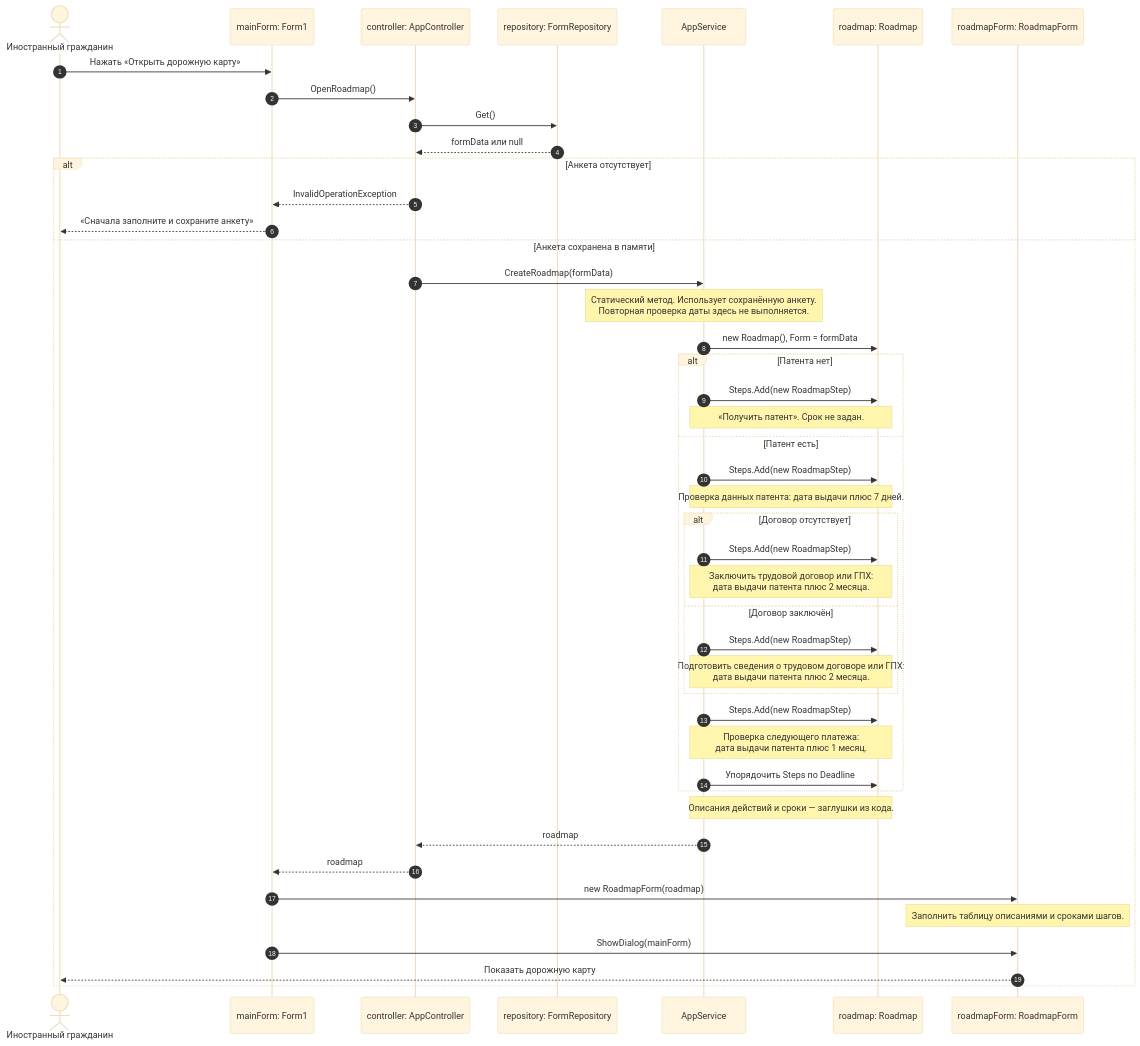
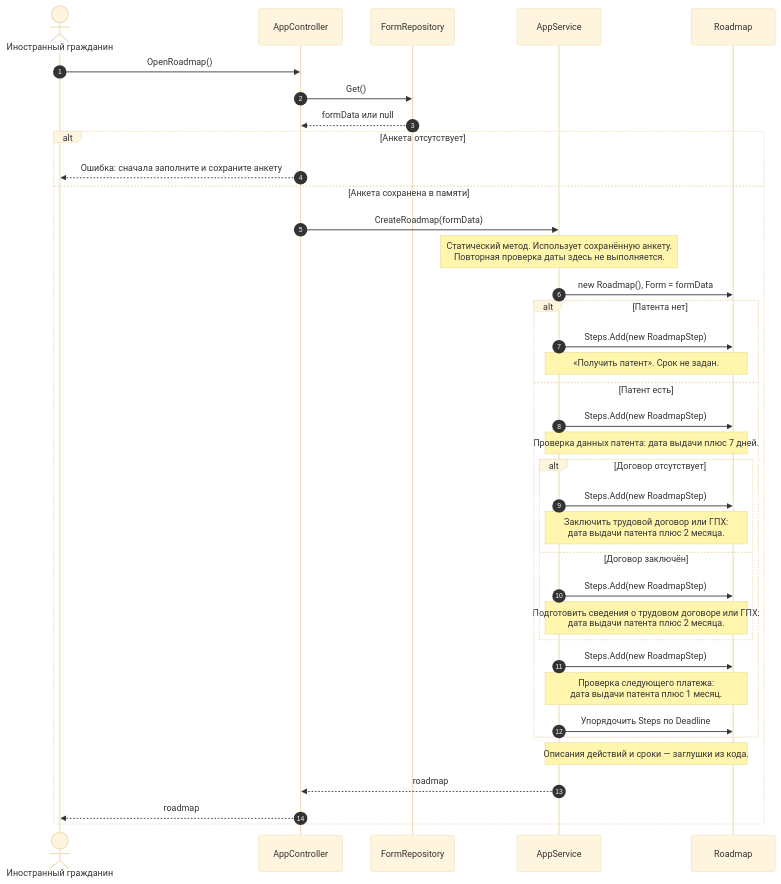
Before and after one commit to Edmorton1/peace: the second of 2 diagrams in _docs/lab4.md, drawn with Mermaid (base theme). The commit also changed other lines of this file and 1 other file, not shown here.

Commit message:
диаграммы улучшения

````diff
--- a/_docs/lab4.md
+++ b/_docs/lab4.md
@@ -58,51 +47,42 @@
 ```mermaid
 sequenceDiagram
     autonumber
     actor User as Иностранный гражданин
-    participant Main as mainForm: Form1
-    participant Controller as controller: AppController
-    participant Repository as repository: FormRepository
+    participant Controller as AppController
+    participant Repository as FormRepository
     participant Service as AppService
-    participant Map as roadmap: Roadmap
-    participant View as roadmapForm: RoadmapForm
-
-    User->>Main: Нажать «Открыть дорожную карту»
-    Main->>Controller: OpenRoadmap()
+    participant Map as Roadmap
+    User->>Controller: OpenRoadmap()
     Controller->>Repository: Get()
     Repository-->>Controller: formData или null
 
     alt Анкета отсутствует
-        Controller-->>Main: InvalidOperationException
-        Main-->>User: «Сначала заполните и сохраните анкету»
+        Controller-->>User: Ошибка: сначала заполните и сохраните анкету
     else Анкета сохранена в памяти
         Controller->>Service: CreateRoadmap(formData)
         Note over Service: Статический метод. Использует сохранённую анкету.<br/>Повторная проверка даты здесь не выполняется.
         Service->>Map: new Roadmap(), Form = formData
 
         alt Патента нет
             Service->>Map: Steps.Add(new RoadmapStep)
             Note over Service,Map: «Получить патент». Срок не задан.
         else Патент есть
             Service->>Map: Steps.Add(new RoadmapStep)
             Note over Service,Map: Проверка данных патента: дата выдачи плюс 7 дней.
             alt Договор отсутствует
                 Service->>Map: Steps.Add(new RoadmapStep)
                 Note over Service,Map: Заключить трудовой договор или ГПХ:<br/>дата выдачи патента плюс 2 месяца.
             else Договор заключён
                 Service->>Map: Steps.Add(new RoadmapStep)
                 Note over Service,Map: Подготовить сведения о трудовом договоре или ГПХ:<br/>дата выдачи патента плюс 2 месяца.
             end
             Service->>Map: Steps.Add(new RoadmapStep)
             Note over Service,Map: Проверка следующего платежа:<br/>дата выдачи патента плюс 1 месяц.
             Service->>Map: Упорядочить Steps по Deadline
         end
 
         Note over Service,Map: Описания действий и сроки — заглушки из кода.
         Service-->>Controller: roadmap
-        Controller-->>Main: roadmap
-        Main->>View: new RoadmapForm(roadmap)
-        Note over View: Заполнить таблицу описаниями и сроками шагов.
-        Main->>View: ShowDialog(mainForm)
-        View-->>User: Показать дорожную карту
+        Controller-->>User: roadmap
     end
 ```
````
